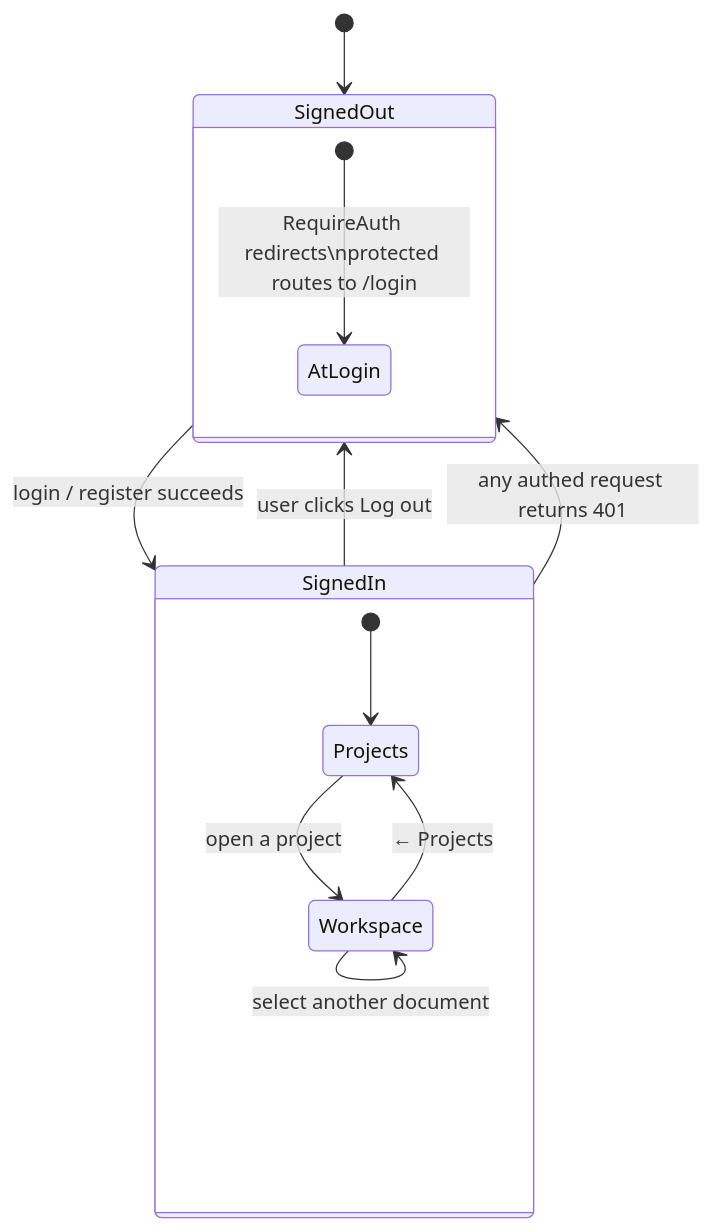
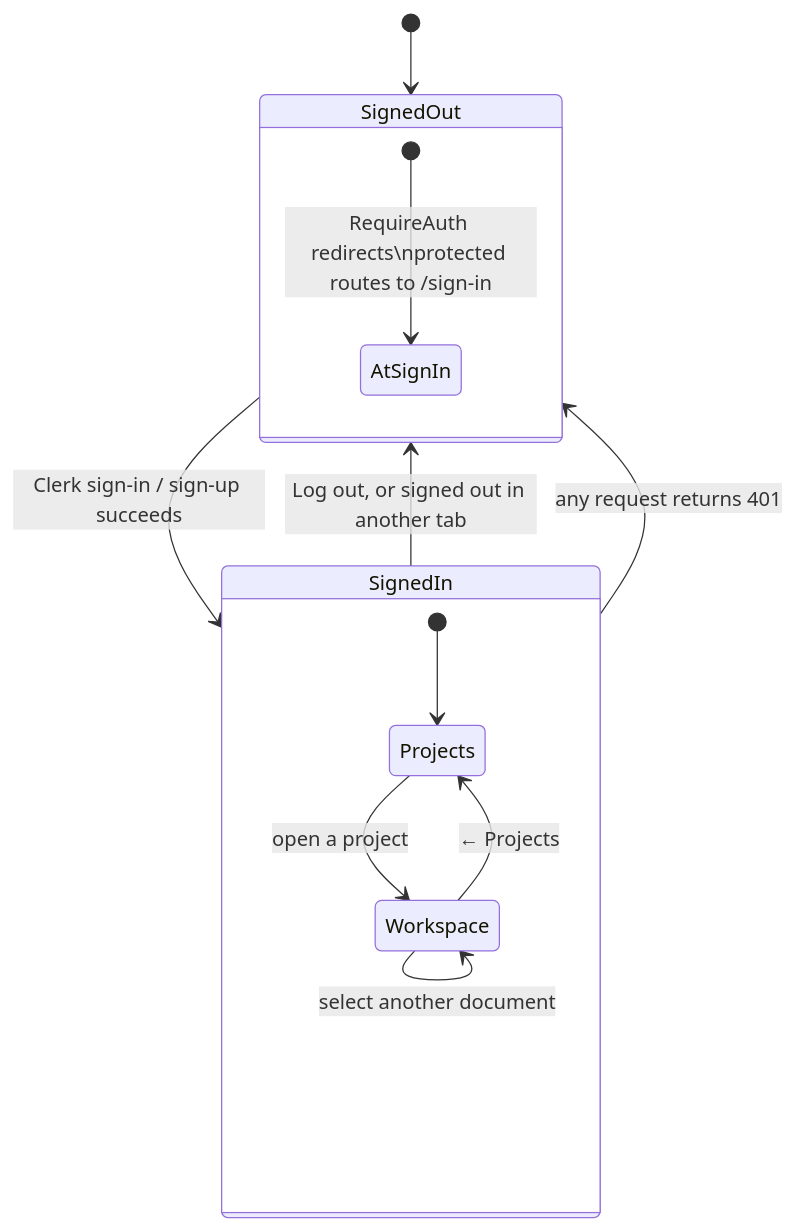
Before and after one commit to Akazz-L/maya: the second of 6 diagrams in docs/diagrams/05-frontend-flows.md, drawn with Mermaid. The commit also changed other lines of this file and 71 other files, not shown here.

````diff
--- a/docs/diagrams/05-frontend-flows.md
+++ b/docs/diagrams/05-frontend-flows.md
@@ -40,17 +34,17 @@
 ```mermaid
 stateDiagram-v2
     [*] --> SignedOut
-    SignedOut --> SignedIn : login / register succeeds
-    SignedIn --> SignedOut : user clicks Log out
-    SignedIn --> SignedOut : any authed request returns 401
+    SignedOut --> SignedIn : Clerk sign-in / sign-up succeeds
+    SignedIn --> SignedOut : Log out, or signed out in another tab
+    SignedIn --> SignedOut : any request returns 401
 
     state SignedOut {
-        [*] --> AtLogin : RequireAuth redirects\nprotected routes to /login
+        [*] --> AtSignIn : RequireAuth redirects\nprotected routes to /sign-in
     }
     state SignedIn {
         [*] --> Projects
         Projects --> Workspace : open a project
         Workspace --> Projects : ← Projects
         Workspace --> Workspace : select another document
     }
 ```
````
